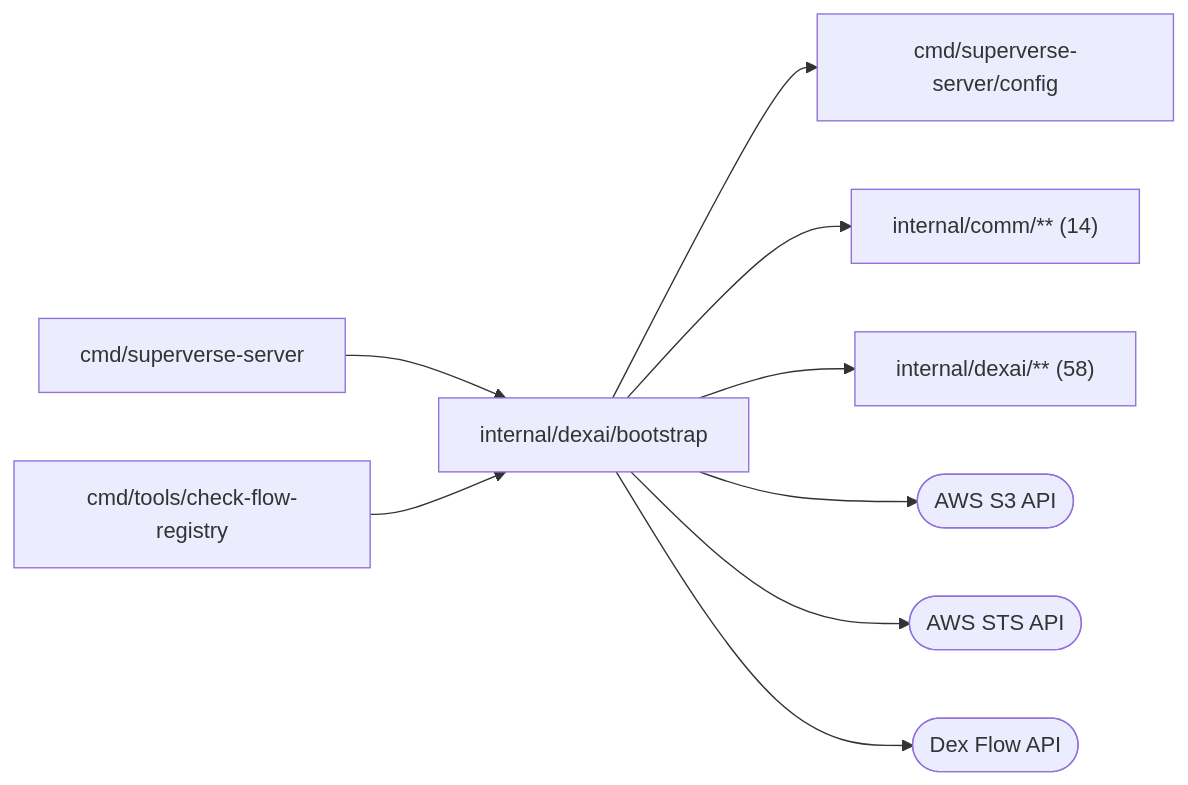
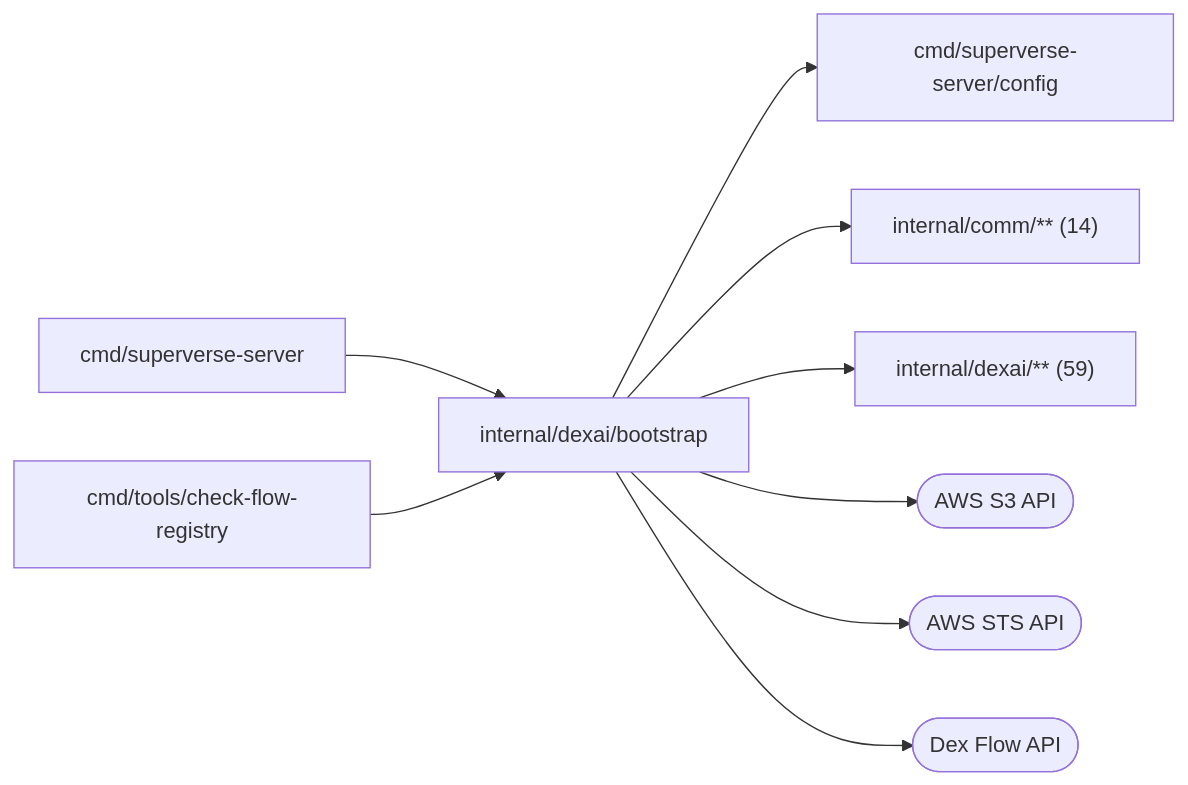
Before and after one commit to superdurable/superverse: the diagram in internal/dexai/bootstrap/README.md, drawn with Mermaid. The commit also changed other lines of this file and 42 other files, not shown here.

````diff
--- a/internal/dexai/bootstrap/README.md
+++ b/internal/dexai/bootstrap/README.md
@@ -10,12 +10,12 @@
 ```mermaid
 flowchart LR
   self["internal/dexai/bootstrap"]
   c0["cmd/superverse-server"] --> self
   c1["cmd/tools/check-flow-registry"] --> self
   self --> d0["cmd/superverse-server/config"]
   self --> d1["internal/comm/** (14)"]
-  self --> d2["internal/dexai/** (58)"]
+  self --> d2["internal/dexai/** (59)"]
   self --> e0(["AWS S3 API"])
   self --> e1(["AWS STS API"])
   self --> e2(["Dex Flow API"])
 ```
````
